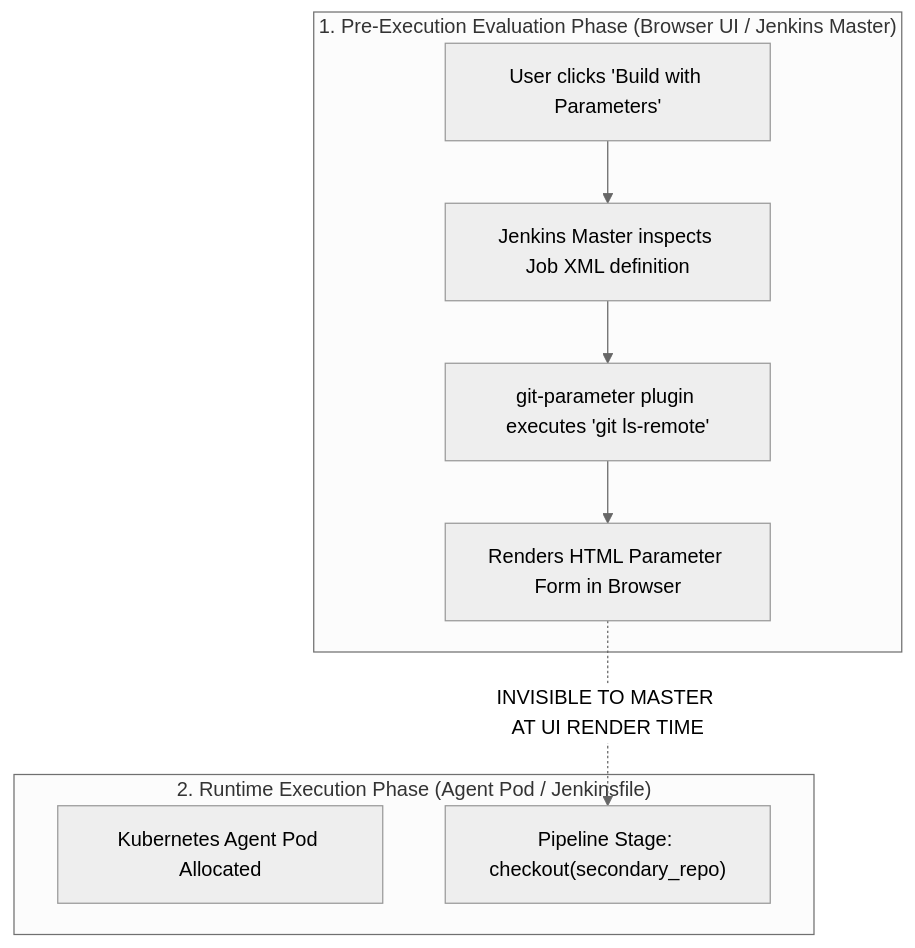
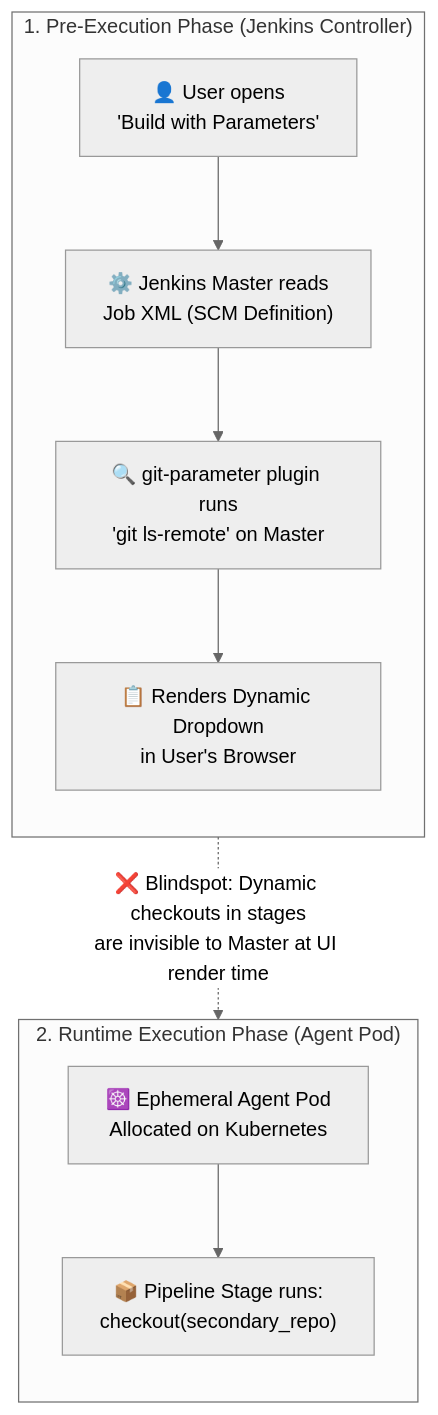
Before and after one commit to nubenetes/jenkins-git-parameter: the second of 10 diagrams in README.md, drawn with Mermaid (neutral theme).

Commit message:
fix(docs): fix text cutting in Core Problem Mermaid diagram by adding line breaks and text wrapping

````diff
--- a/README.md
+++ b/README.md
@@ -171,16 +171,24 @@
 ```mermaid
-flowchart TD
-    subgraph UI_Evaluation["1. Pre-Execution Evaluation Phase (Browser UI / Jenkins Master)"]
-        User["User clicks 'Build with Parameters'"]
-        Master["Jenkins Master inspects Job XML definition"]
-        GitParam["git-parameter plugin executes 'git ls-remote'"]
-        Dropdown["Renders HTML Parameter Form in Browser"]
-        User --> Master --> GitParam --> Dropdown
+flowchart TB
+    subgraph UI_Phase["1. Pre-Execution Phase (Jenkins Controller)"]
+        direction TB
+        User["👤 User opens<br/>'Build with Parameters'"]
+        Master["⚙️ Jenkins Master reads<br/>Job XML (SCM Definition)"]
+        GitParam["🔍 git-parameter plugin runs<br/>'git ls-remote' on Master"]
+        Dropdown["📋 Renders Dynamic Dropdown<br/>in User's Browser"]
+
+        User --> Master
+        Master --> GitParam
+        GitParam --> Dropdown
     end
 
-    subgraph Runtime_Execution["2. Runtime Execution Phase (Agent Pod / Jenkinsfile)"]
-        AllocAgent["Kubernetes Agent Pod Allocated"]
-        RunStage["Pipeline Stage: checkout(secondary_repo)"]
-        Dropdown -.->|INVISIBLE TO MASTER AT UI RENDER TIME| RunStage
+    subgraph Runtime_Phase["2. Runtime Execution Phase (Agent Pod)"]
+        direction TB
+        AllocAgent["☸️ Ephemeral Agent Pod<br/>Allocated on Kubernetes"]
+        RunStage["📦 Pipeline Stage runs:<br/>checkout(secondary_repo)"]
+
+        AllocAgent --> RunStage
     end
+
+    Dropdown -.->|"❌ Blindspot: Dynamic checkouts in stages<br/>are invisible to Master at UI render time"| RunStage
 ```
````
